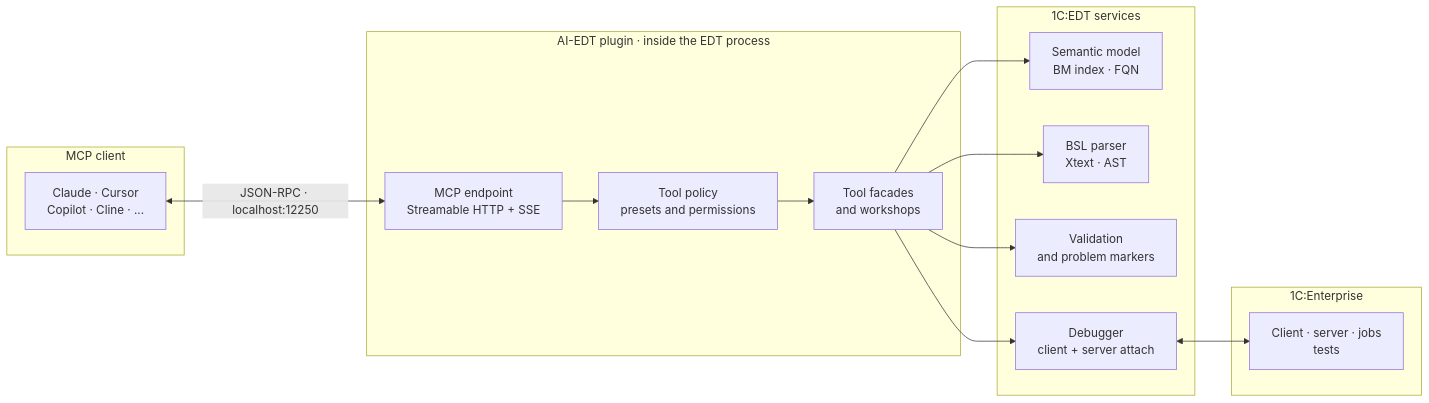
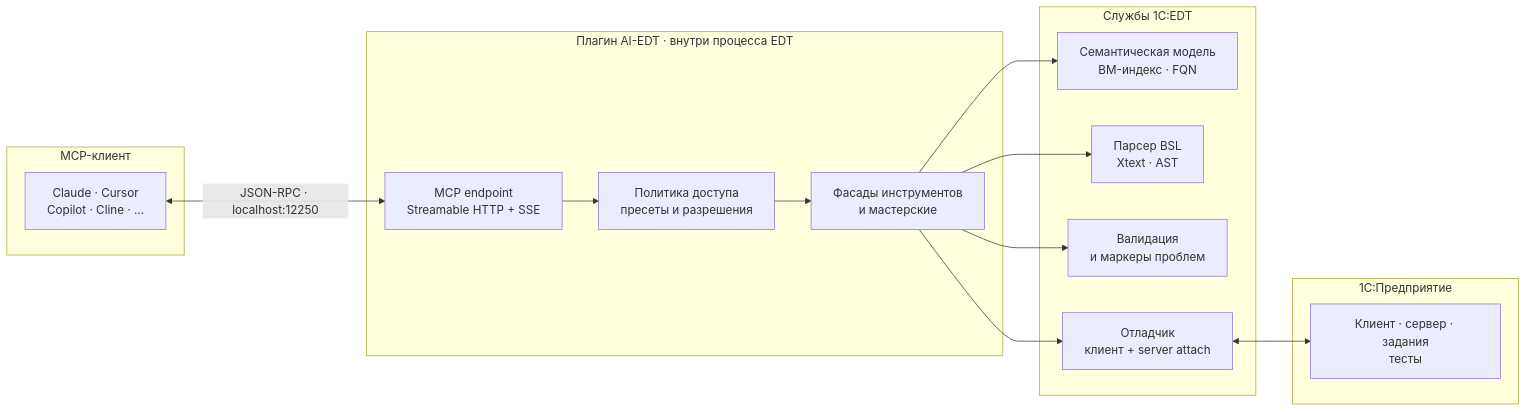
The second of 2 diagrams in README.md (Desko77/ai-edt), drawn with Mermaid before and after one commit. The commit also changed other lines of this file and 5 other files, not shown here.

````diff
--- a/README.md
+++ b/README.md
@@ -73,31 +73,31 @@
 ```mermaid
 flowchart LR
-    subgraph Client["MCP client"]
+    subgraph Client["MCP-клиент"]
         AI["Claude · Cursor<br/>Copilot · Cline · ..."]
     end
 
-    subgraph Plugin["AI-EDT plugin · inside the EDT process"]
+    subgraph Plugin["Плагин AI-EDT · внутри процесса EDT"]
         HTTP["MCP endpoint<br/>Streamable HTTP + SSE"]
-        TOOLS["Tool facades<br/>and workshops"]
-        GATE["Tool policy<br/>presets and permissions"]
+        TOOLS["Фасады инструментов<br/>и мастерские"]
+        GATE["Политика доступа<br/>пресеты и разрешения"]
         HTTP --> GATE --> TOOLS
     end
 
-    subgraph EDT["1C:EDT services"]
-        BM["Semantic model<br/>BM index · FQN"]
-        AST["BSL parser<br/>Xtext · AST"]
-        CHECKS["Validation<br/>and problem markers"]
-        DEBUG["Debugger<br/>client + server attach"]
+    subgraph EDT["Службы 1C:EDT"]
+        BM["Семантическая модель<br/>BM-индекс · FQN"]
+        AST["Парсер BSL<br/>Xtext · AST"]
+        CHECKS["Валидация<br/>и маркеры проблем"]
+        DEBUG["Отладчик<br/>клиент + server attach"]
     end
 
-    subgraph Runtime["1C:Enterprise"]
-        APP["Client · server · jobs<br/>tests"]
+    subgraph Runtime["1С:Предприятие"]
+        APP["Клиент · сервер · задания<br/>тесты"]
     end
 
     AI <-->|"JSON-RPC · localhost:12250"| HTTP
     TOOLS --> BM
     TOOLS --> AST
     TOOLS --> CHECKS
     TOOLS --> DEBUG
     DEBUG <--> APP
 ```
````
